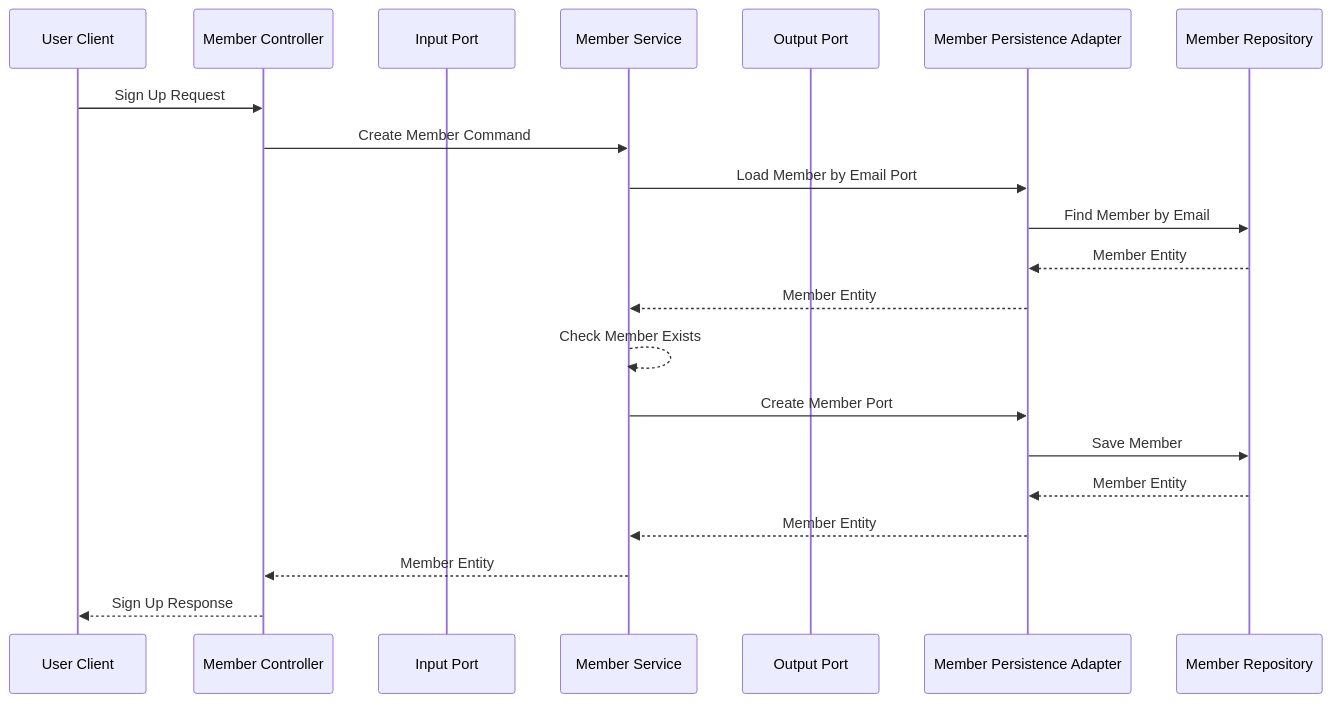
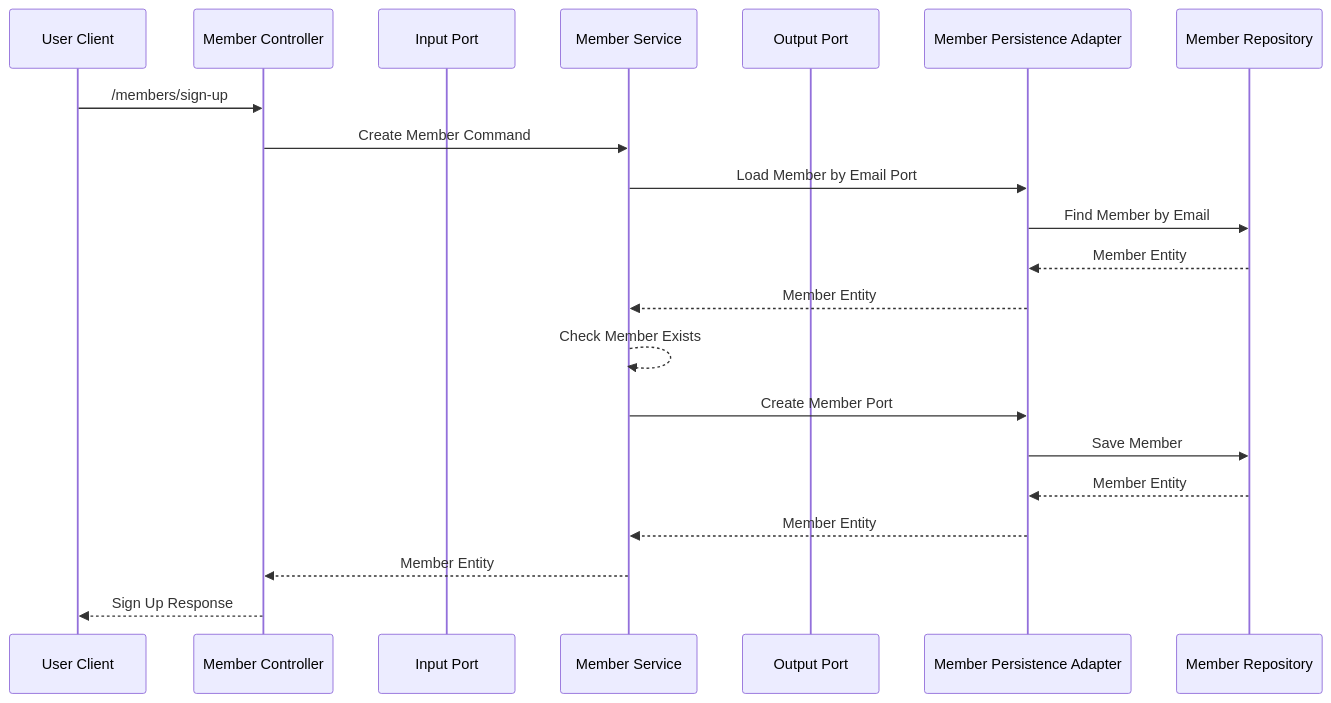
One commit to MuscatLab/bob-backend changed the second of 4 diagrams in member-service/README.md. Above: the diagram before and after it, drawn with Mermaid. The commit also changed other lines of this file, not shown here.

````diff
--- a/member-service/README.md
+++ b/member-service/README.md
@@ -46,23 +46,23 @@
 ```mermaid
 sequenceDiagram
     participant UC as User Client
     participant MC as Member Controller
     participant MI as Input Port
     participant MS as Member Service
     participant MO as Output Port
     participant MP as Member Persistence Adapter
     participant RE as Member Repository
-    UC ->> MC: Sign Up Request
+    UC ->> MC: /members/sign-up
     MC ->> MS: Create Member Command
     MS ->> MP: Load Member by Email Port
     MP ->> RE: Find Member by Email
     RE -->> MP: Member Entity
     MP -->> MS: Member Entity
     MS -->> MS: Check Member Exists
     MS ->> MP: Create Member Port
     MP ->> RE: Save Member
     RE -->> MP: Member Entity
     MP -->> MS: Member Entity
     MS -->> MC: Member Entity
     MC -->> UC: Sign Up Response
 ```
````
